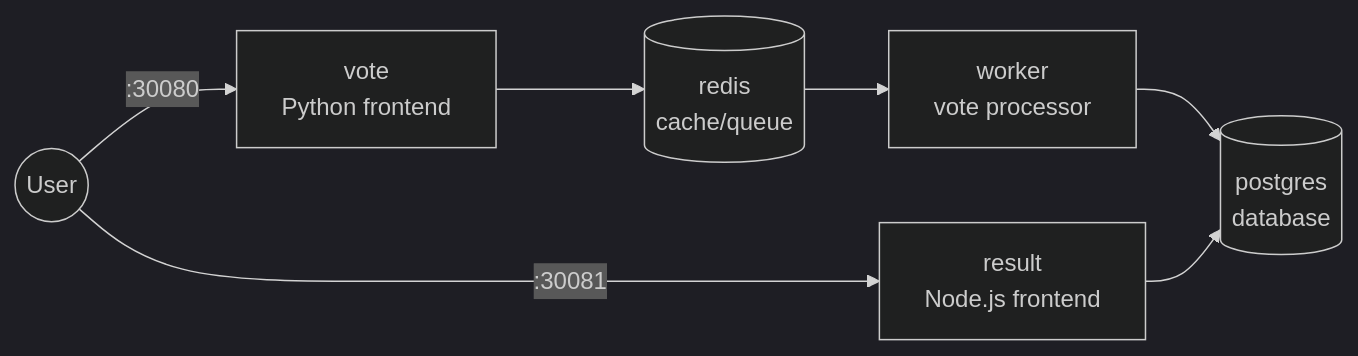
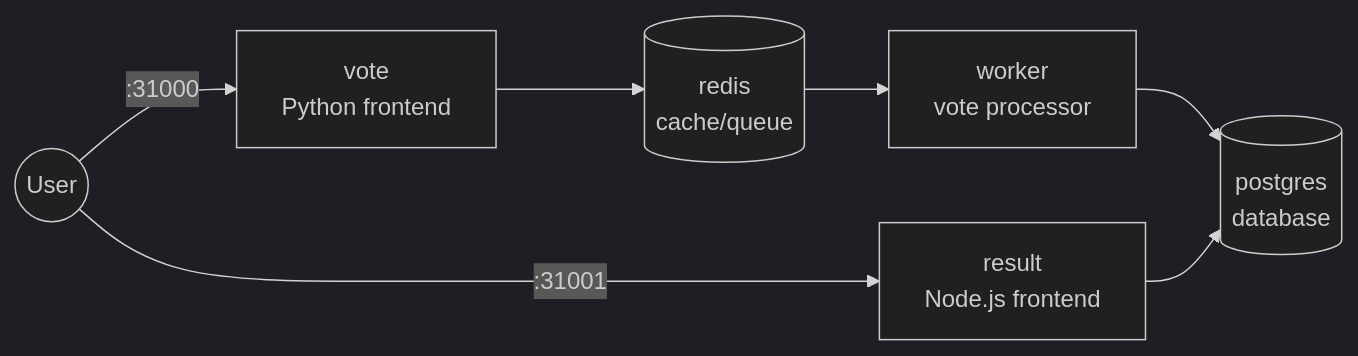
Before and after one commit to mAbadsa/voting-app-bare-metal-k8s: the diagram in README.md, drawn with Mermaid (dark theme). The commit also changed other lines of this file and 1 other file, not shown here.

````diff
--- a/README.md
+++ b/README.md
@@ -20,9 +20,9 @@
 ```mermaid
 graph LR
-    User((User)) -->|:30080| Vote[vote<br/>Python frontend]
-    User -->|:30081| Result[result<br/>Node.js frontend]
+    User((User)) -->|:31000| Vote[vote<br/>Python frontend]
+    User -->|:31001| Result[result<br/>Node.js frontend]
     Vote --> Redis[(redis<br/>cache/queue)]
     Redis --> Worker[worker<br/>vote processor]
     Worker --> DB[(postgres<br/>database)]
     Result --> DB
 ```
````
